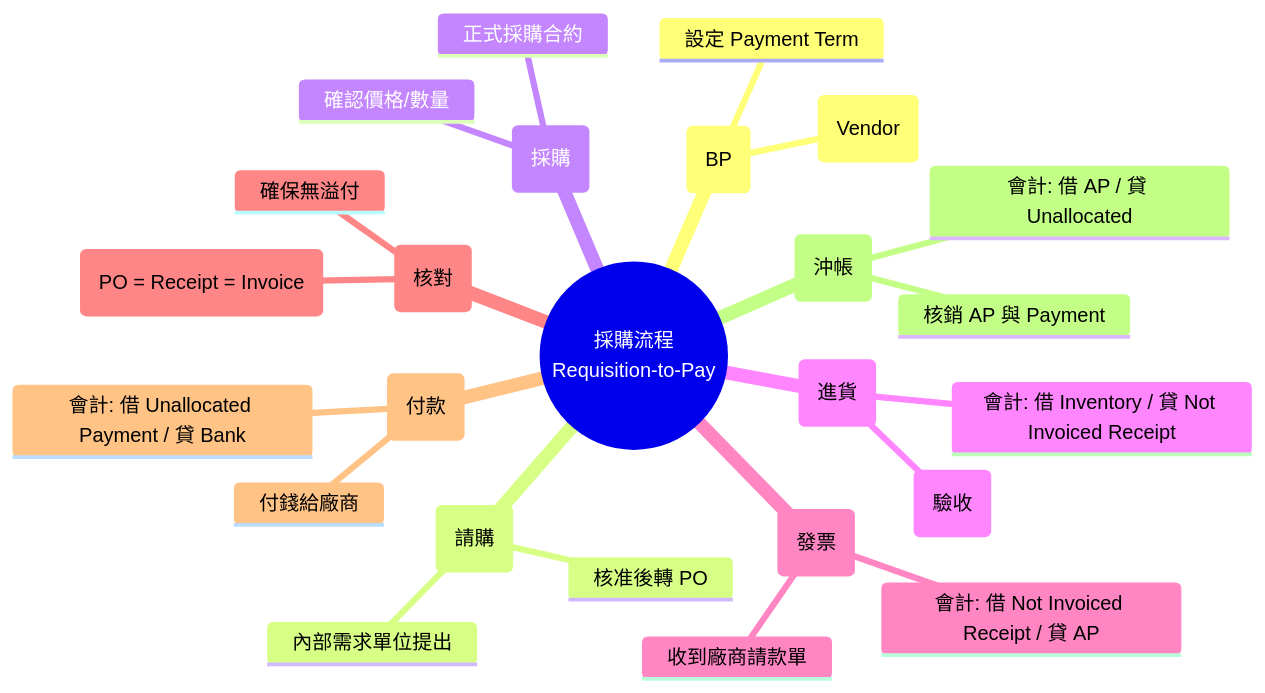
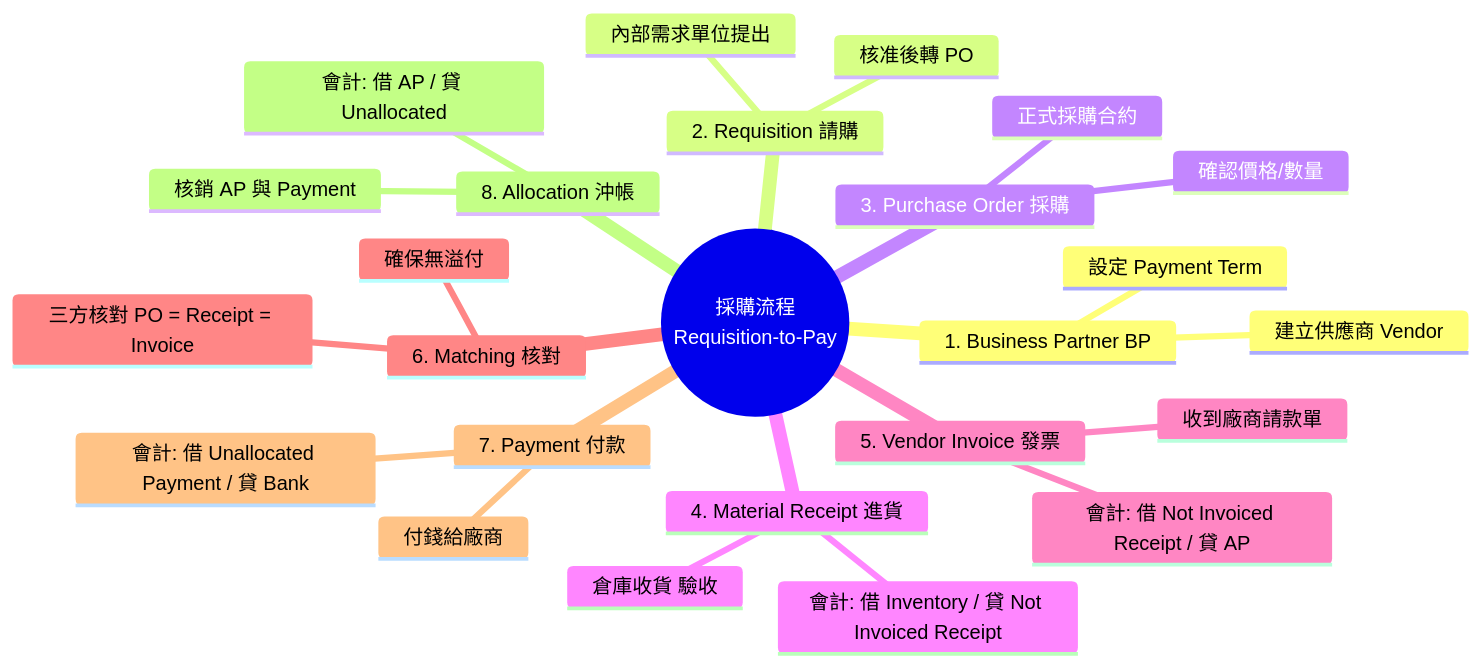
Before and after one commit to nczz/claw_notes: the seventh of 15 diagrams in iDempiere_Notes.md, drawn with Mermaid. The commit also changed other lines of this file, not shown here.

Commit message:
Fix mermaid syntax error: remove parentheses in node text

````diff
--- a/iDempiere_Notes.md
+++ b/iDempiere_Notes.md
@@ -527,28 +527,28 @@
 ```mermaid
 mindmap
   root((採購流程<br/>Requisition-to-Pay))
-    1. Business Partner (BP)
-      建立供應商 (Vendor)
+    1. Business Partner BP
+      建立供應商 Vendor
       設定 Payment Term
-    2. Requisition (請購)
+    2. Requisition 請購
       內部需求單位提出
       核准後轉 PO
-    3. Purchase Order (採購)
+    3. Purchase Order 採購
       正式採購合約
       確認價格/數量
-    4. Material Receipt (進貨)
-      倉庫收貨 (驗收)
+    4. Material Receipt 進貨
+      倉庫收貨 驗收
       會計: 借 Inventory / 貸 Not Invoiced Receipt
-    5. Vendor Invoice (發票)
+    5. Vendor Invoice 發票
       收到廠商請款單
       會計: 借 Not Invoiced Receipt / 貸 AP
-    6. Matching (核對)
-      三方核對 (PO = Receipt = Invoice)
+    6. Matching 核對
+      三方核對 PO = Receipt = Invoice
       確保無溢付
-    7. Payment (付款)
+    7. Payment 付款
       付錢給廠商
       會計: 借 Unallocated Payment / 貸 Bank
-    8. Allocation (沖帳)
+    8. Allocation 沖帳
       核銷 AP 與 Payment
       會計: 借 AP / 貸 Unallocated
 ```
````
